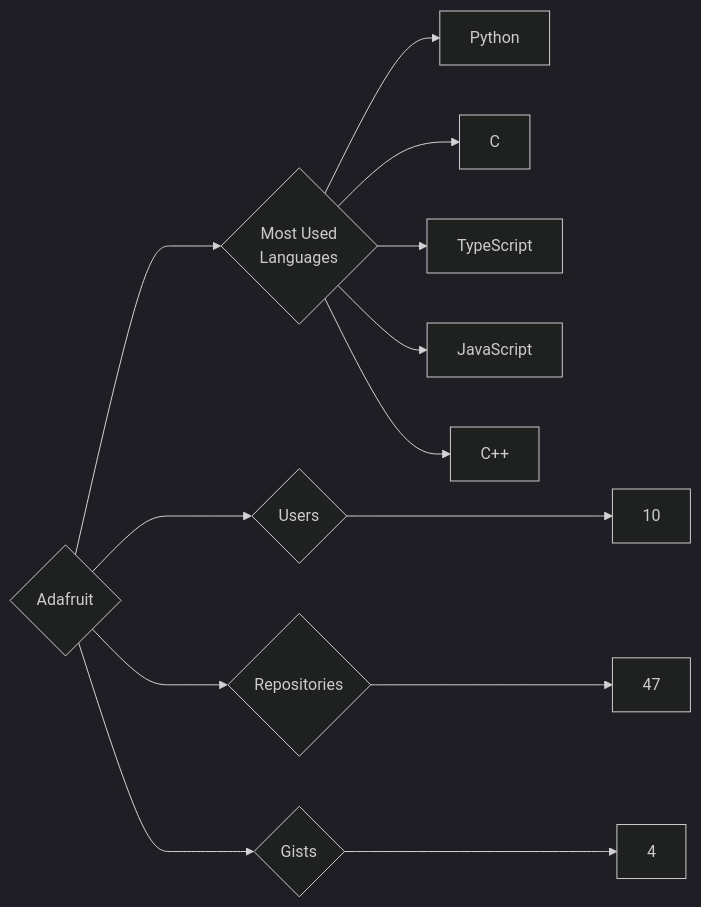
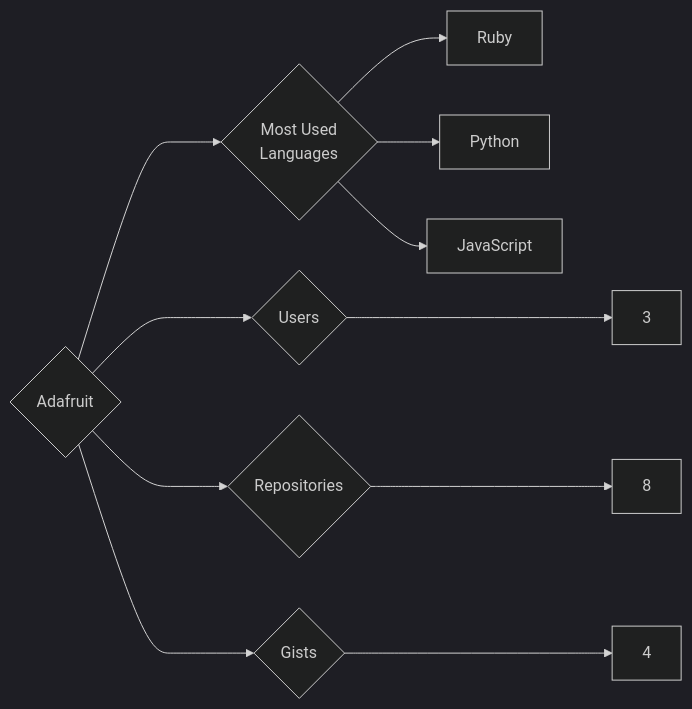
One commit to trickest/insiders changed the diagram in targets/Adafruit/README.md. Above: the diagram before and after it, drawn with Mermaid (dark theme). The commit also changed 1166 other files, not shown here.

````diff
--- a/targets/Adafruit/README.md
+++ b/targets/Adafruit/README.md
@@ -3,13 +3,11 @@
 ```mermaid
 graph LR
 COMPANY_NAME{Adafruit}
-COMPANY_NAME ---> U{Users} ---> UN[10]
-COMPANY_NAME ---> R{Repositories} ---> RN[47]
+COMPANY_NAME ---> U{Users} ---> UN[3]
+COMPANY_NAME ---> R{Repositories} ---> RN[8]
 COMPANY_NAME ---> G{Gists} ---> GN[4]
 COMPANY_NAME ---> ML{Most Used<br>Languages}
+ML --> Ruby[Ruby]
 ML --> Python[Python]
-ML --> C[C]
-ML --> TypeScript[TypeScript]
 ML --> JavaScript[JavaScript]
-ML --> C++[C++]
 ```
````
